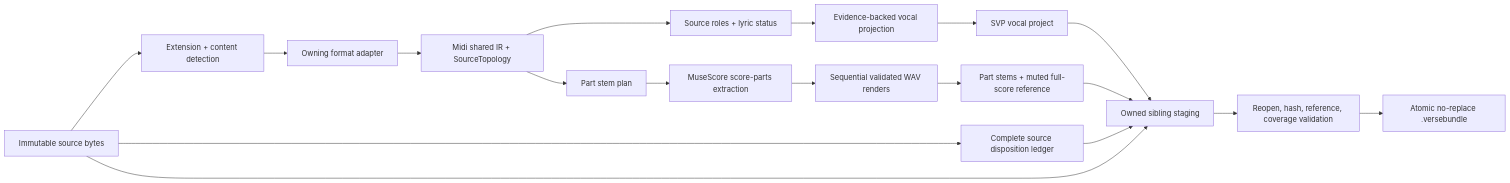
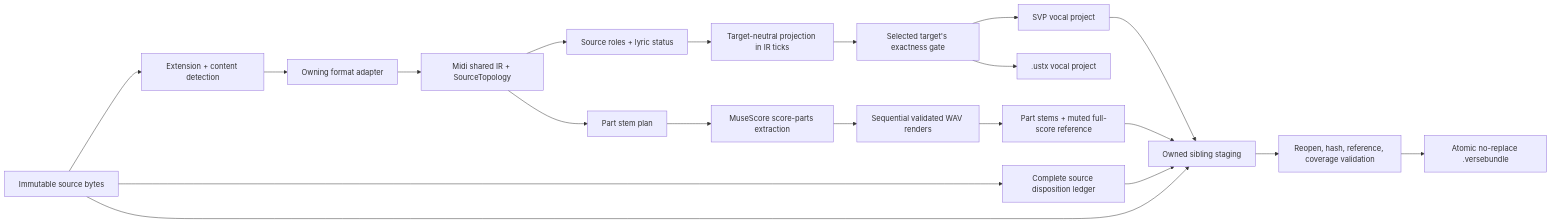
One commit to JoPadOfficiel/verse-convert-synth-v changed the second of 2 diagrams in docs/architecture.md. Above: the diagram before and after it, drawn with Mermaid. The commit also changed other lines of this file and 16 other files, not shown here.

````diff
--- a/docs/architecture.md
+++ b/docs/architecture.md
@@ -56,20 +61,22 @@
 ```mermaid
 flowchart LR
     BYTES["Immutable source bytes"] --> DETECT["Extension + content detection"]
     DETECT --> PARSE["Owning format adapter"]
     PARSE --> IR["Midi shared IR + SourceTopology"]
     IR --> CLASSIFY["Source roles + lyric status"]
-    CLASSIFY --> PROJECT["Evidence-backed vocal projection"]
+    CLASSIFY --> PROJECT["Target-neutral projection in IR ticks"]
     IR --> STEMPLAN["Part stem plan"]
-    PROJECT --> SVP["SVP vocal project"]
+    PROJECT --> GATE["Selected target's exactness gate"]
+    GATE --> SVP["SVP vocal project"]
+    GATE --> USTX[".ustx vocal project"]
     STEMPLAN --> EXTRACT["MuseScore score-parts extraction"]
     EXTRACT --> RENDER["Sequential validated WAV renders"]
     RENDER --> AUDIO["Part stems + muted full-score reference"]
     BYTES --> LEDGER["Complete source disposition ledger"]
     SVP --> STAGE["Owned sibling staging"]
     AUDIO --> STAGE
     LEDGER --> STAGE
     BYTES --> STAGE
     STAGE --> VERIFY["Reopen, hash, reference, coverage validation"]
     VERIFY --> COMMIT["Atomic no-replace .versebundle"]
 ```
````
